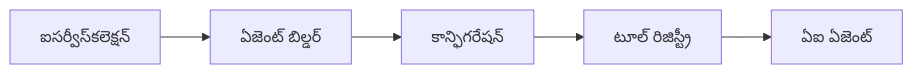
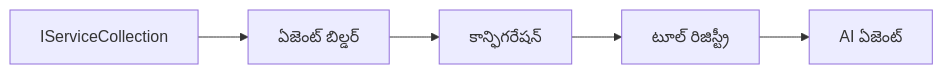
The diagram in translations/te/03-agentic-design-patterns/code_samples/03-dotnet-agent-framework.md (microsoft/ai-agents-for-beginners), drawn with Mermaid before and after one commit. The commit also changed other lines of this file and 224 other files, not shown here.

````diff
--- a/translations/te/03-agentic-design-patterns/code_samples/03-dotnet-agent-framework.md
+++ b/translations/te/03-agentic-design-patterns/code_samples/03-dotnet-agent-framework.md
@@ -41,7 +41,7 @@
 ```mermaid
 graph LR
-    A[ఐసర్వీస్‌కలెక్షన్] --> B[ఏజెంట్ బిల్డర్]
+    A[IServiceCollection] --> B[ఏజెంట్ బిల్డర్]
     B --> C[కాన్ఫిగరేషన్]
     C --> D[టూల్ రిజిస్ట్రీ]
-    D --> E[ఏఐ ఏజెంట్]
+    D --> E[AI ఏజెంట్]
 ```
````
